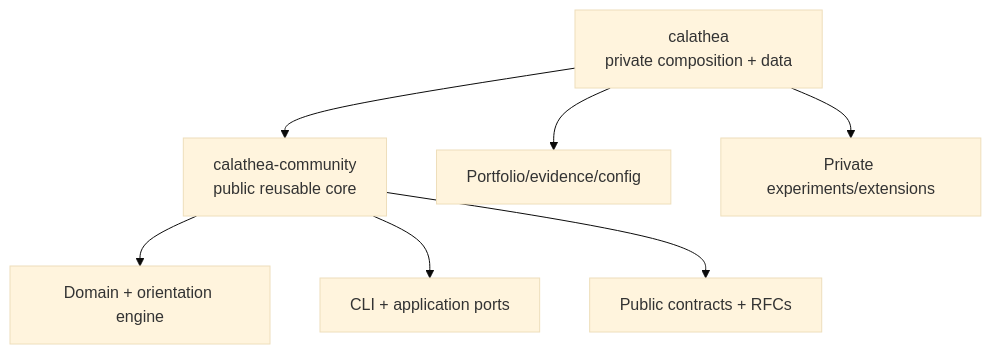
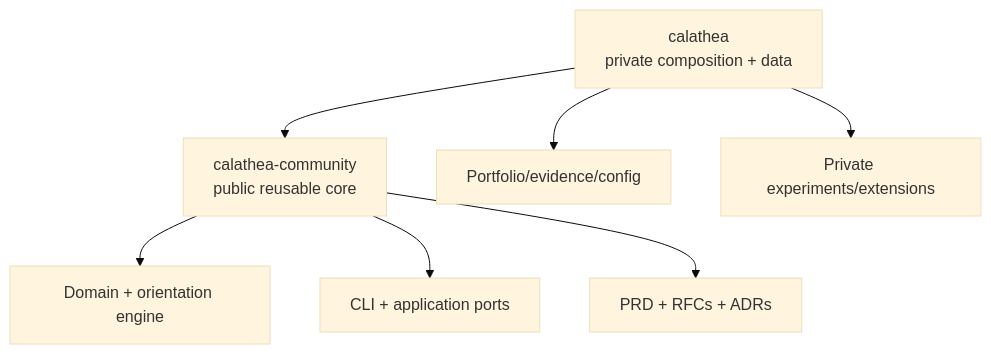
The second of 2 diagrams in README.md (hackelia-micrantha/calathea-community), drawn with Mermaid (base theme) before and after one commit. The commit also changed other lines of this file and 27 other files, not shown here.

First line of the commit message:
Promote reusable product and architecture contracts (#8)

````diff
--- a/README.md
+++ b/README.md
@@ -92,9 +96,9 @@
 ```mermaid
 flowchart TB
     Private[calathea\nprivate composition + data] --> Public[calathea-community\npublic reusable core]
     Public --> Domain[Domain + orientation engine]
     Public --> CLI[CLI + application ports]
-    Public --> Contracts[Public contracts + RFCs]
+    Public --> Contracts[PRD + RFCs + ADRs]
     Private --> PrivateData[Portfolio/evidence/config]
     Private --> PrivateExt[Private experiments/extensions]
 ```
````
